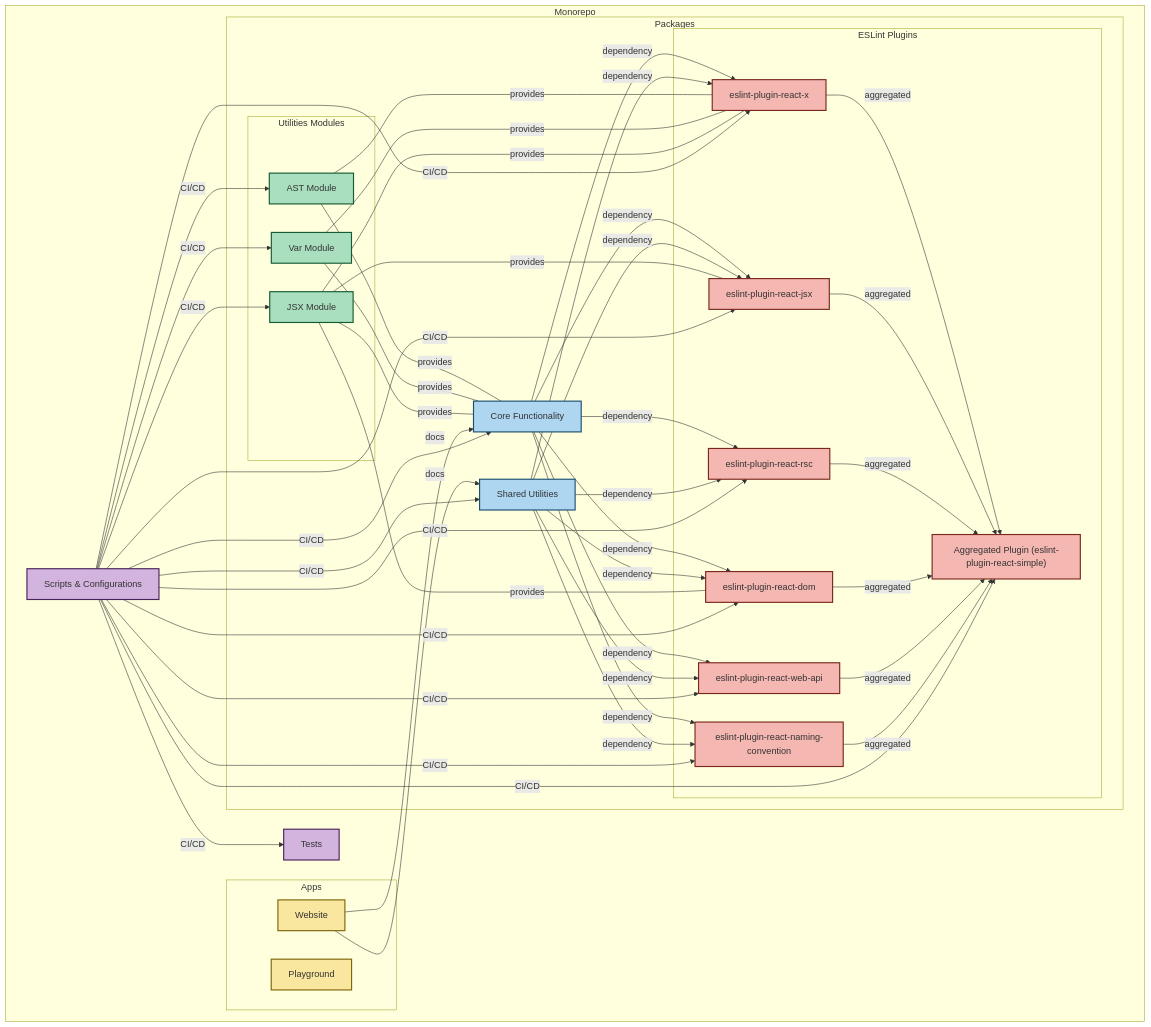
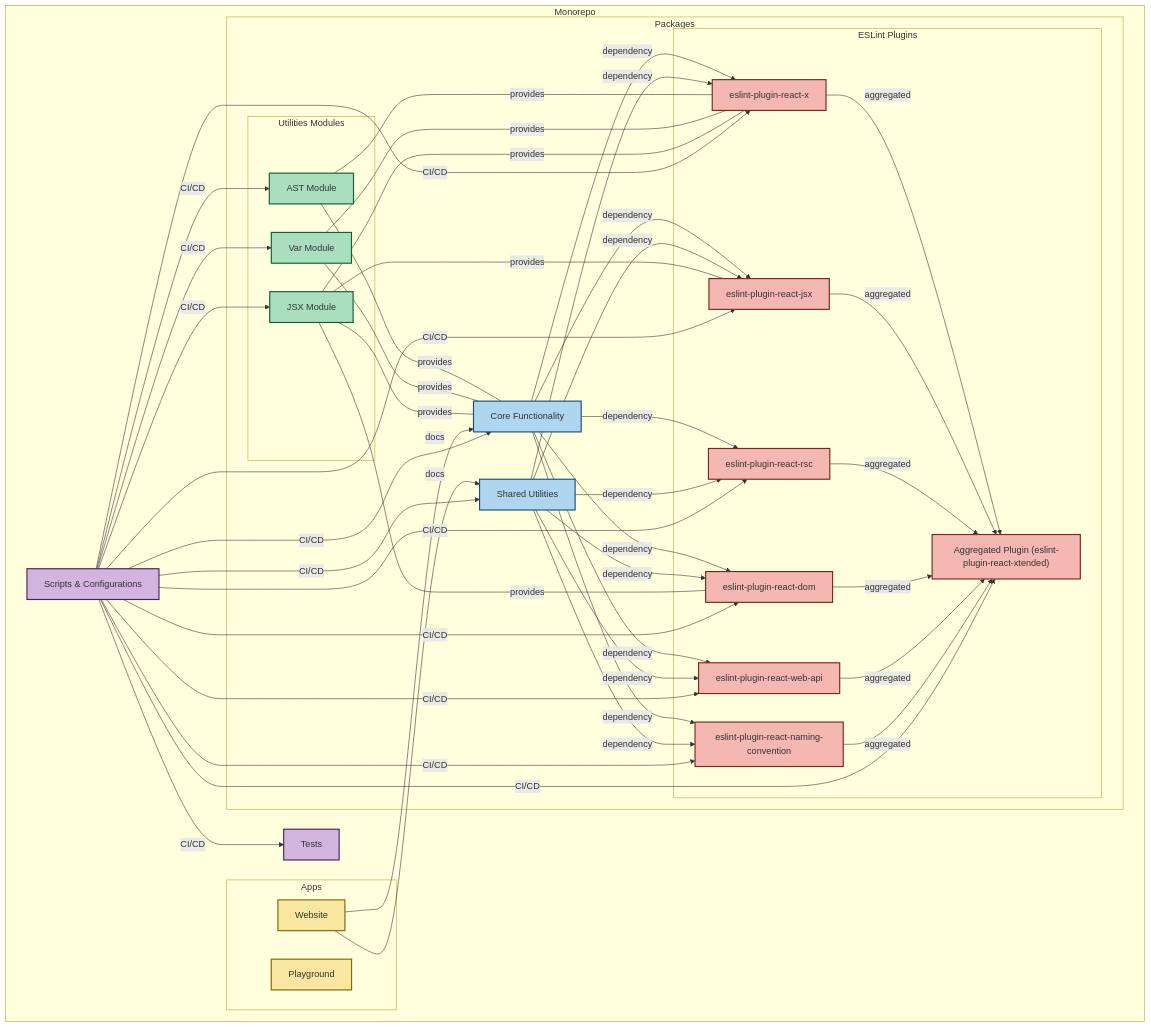
Before and after one commit to Rel1cx/eslint-react: the diagram in apps/website/content/docs/contributing.mdx, drawn with Mermaid. The commit also changed other lines of this file and 154 other files, not shown here.

First line of the commit message:
refactor: rename eslint-plugin-react-simple to eslint-plugin-react-xtended

```diff
--- a/apps/website/content/docs/contributing.mdx
+++ b/apps/website/content/docs/contributing.mdx
@@ -40,7 +40,7 @@
                 ReactDOM["eslint-plugin-react-dom"]:::plugins
                 ReactWebAPI["eslint-plugin-react-web-api"]:::plugins
                 ReactNamingConvention["eslint-plugin-react-naming-convention"]:::plugins
-                ReactAggregated["Aggregated Plugin (eslint-plugin-react-simple)"]:::plugins
+                ReactAggregated["Aggregated Plugin (eslint-plugin-react-xtended)"]:::plugins
             end
         end
 
@@ -119,7 +119,7 @@
     click ReactDOM "https://github.com/rel1cx/eslint-react/tree/main/packages/eslint-plugin-react-dom"
     click ReactWebAPI "https://github.com/rel1cx/eslint-react/tree/main/packages/eslint-plugin-react-web-api"
     click ReactNamingConvention "https://github.com/rel1cx/eslint-react/tree/main/packages/eslint-plugin-react-naming-convention"
-    click ReactAggregated "https://github.com/rel1cx/eslint-react/tree/main/packages/eslint-plugin-react-simple"
+    click ReactAggregated "https://github.com/rel1cx/eslint-react/tree/main/packages/eslint-plugin-react-xtended"
     click Scripts "https://github.com/rel1cx/eslint-react/tree/main/scripts"
     click Tests "https://github.com/rel1cx/eslint-react/tree/main/test"
 
```
